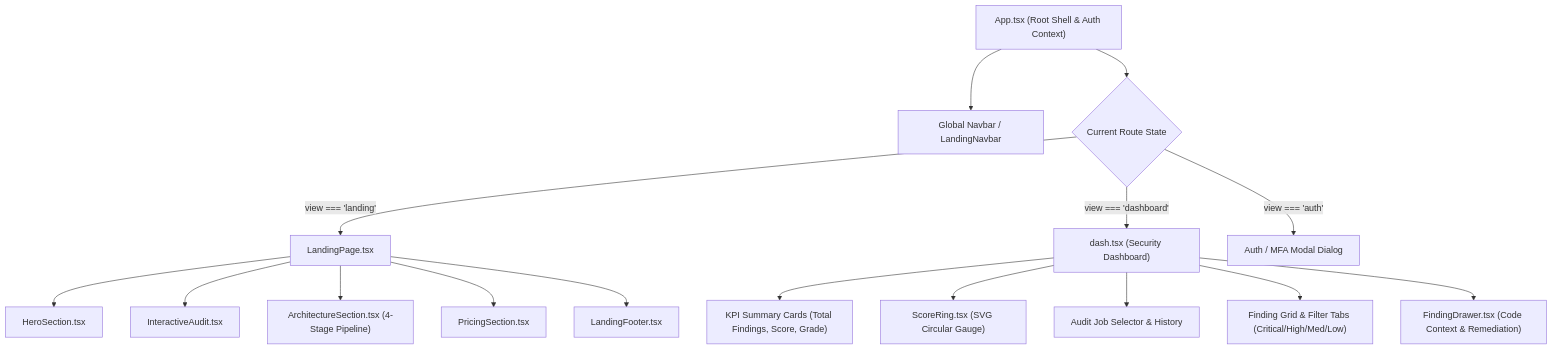
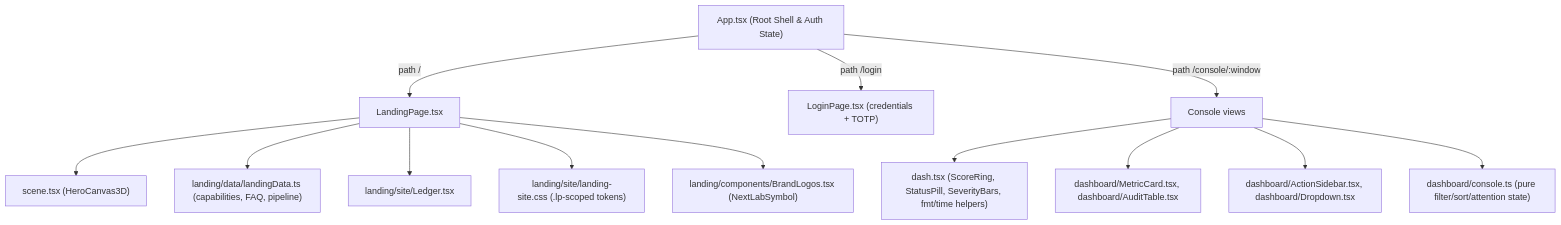
One commit to johan-droid/Fire-Crow- changed the diagram in docs/development/frontend.md. Above: the diagram before and after it, drawn with Mermaid. The commit also changed other lines of this file and 62 other files, not shown here.

````diff
--- a/docs/development/frontend.md
+++ b/docs/development/frontend.md
@@ -26,22 +26,18 @@
 ```mermaid
 graph TD
-    Root["App.tsx (Root Shell & Auth Context)"]
-    Root --> TopNav["Global Navbar / LandingNavbar"]
-    Root --> ViewCondition{"Current Route State"}
+    Root["App.tsx (Root Shell & Auth State)"]
+    Root -->|"path /"| Landing["LandingPage.tsx"]
+    Root -->|"path /login"| Login["LoginPage.tsx (credentials + TOTP)"]
+    Root -->|"path /console/:window"| Console["Console views"]
 
-    ViewCondition -->|view === 'landing'| Landing["LandingPage.tsx"]
-    ViewCondition -->|view === 'dashboard'| Dash["dash.tsx (Security Dashboard)"]
-    ViewCondition -->|view === 'auth'| AuthModal["Auth / MFA Modal Dialog"]
+    Landing --> Hero["scene.tsx (HeroCanvas3D)"]
+    Landing --> Copy["landing/data/landingData.ts (capabilities, FAQ, pipeline)"]
+    Landing --> LedgerObj["landing/site/Ledger.tsx"]
+    Landing --> LpCss["landing/site/landing-site.css (.lp-scoped tokens)"]
+    Landing --> Sym["landing/components/BrandLogos.tsx (NextLabSymbol)"]
 
-    Landing --> Hero["HeroSection.tsx"]
-    Landing --> Walkthrough["InteractiveAudit.tsx"]
-    Landing --> Arch["ArchitectureSection.tsx (4-Stage Pipeline)"]
-    Landing --> Pricing["PricingSection.tsx"]
-    Landing --> Footer["LandingFooter.tsx"]
-
-    Dash --> KPIRow["KPI Summary Cards (Total Findings, Score, Grade)"]
-    Dash --> ScoreRingComponent["ScoreRing.tsx (SVG Circular Gauge)"]
-    Dash --> AuditSelector["Audit Job Selector & History"]
-    Dash --> FindingTable["Finding Grid & Filter Tabs (Critical/High/Med/Low)"]
-    Dash --> Drawer["FindingDrawer.tsx (Code Context & Remediation)"]
+    Console --> Prims["dash.tsx (ScoreRing, StatusPill, SeverityBars, fmt/time helpers)"]
+    Console --> Views["dashboard/MetricCard.tsx, dashboard/AuditTable.tsx"]
+    Console --> Nav["dashboard/ActionSidebar.tsx, dashboard/Dropdown.tsx"]
+    Console --> State["dashboard/console.ts (pure filter/sort/attention state)"]
 ```
````
